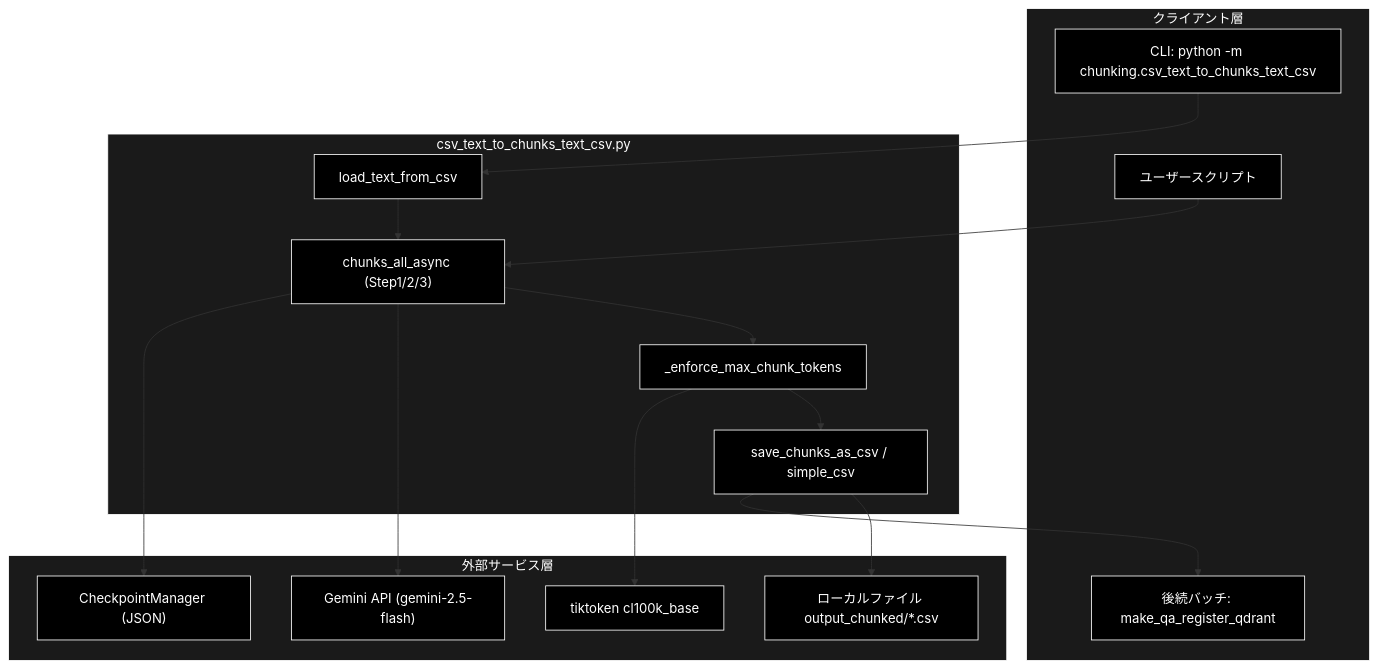
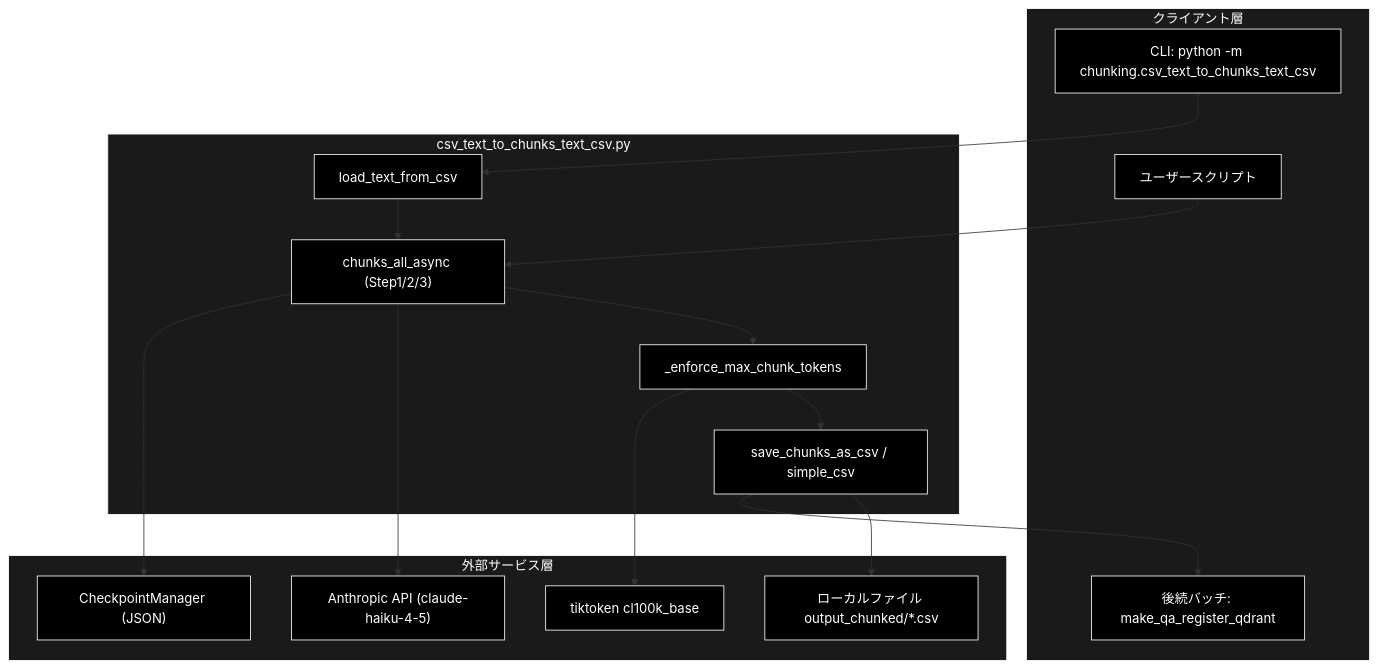
One commit to nakashima2toshio/grace_v2 changed the first of 3 diagrams in chunking/docs/csv_text_to_chunks_text_csv.md. Above: the diagram before and after it, drawn with Mermaid. The commit also changed other lines of this file and 8 other files, not shown here.

````diff
--- a/chunking/docs/csv_text_to_chunks_text_csv.md
+++ b/chunking/docs/csv_text_to_chunks_text_csv.md
@@ -76,39 +76,39 @@
 ```mermaid
 flowchart TB
     subgraph CLIENT["クライアント層"]
         CLI["CLI: python -m chunking.csv_text_to_chunks_text_csv"]
         PIPE["後続バッチ: make_qa_register_qdrant"]
         USER["ユーザースクリプト"]
     end
 
     subgraph MODULE["csv_text_to_chunks_text_csv.py"]
         LOAD["load_text_from_csv"]
         PIPELINE["chunks_all_async (Step1/2/3)"]
         ENFORCE["_enforce_max_chunk_tokens"]
         SAVE["save_chunks_as_csv / simple_csv"]
     end
 
     subgraph EXTERNAL["外部サービス層"]
-        LLM["Gemini API (gemini-2.5-flash)"]
+        LLM["Anthropic API (claude-haiku-4-5)"]
         TIKTOKEN["tiktoken cl100k_base"]
         FS["ローカルファイル output_chunked/*.csv"]
         CKPT["CheckpointManager (JSON)"]
     end
 
     CLI --> LOAD
     USER --> PIPELINE
     LOAD --> PIPELINE
     PIPELINE --> ENFORCE
     ENFORCE --> SAVE
     PIPELINE --> LLM
     PIPELINE --> CKPT
     ENFORCE --> TIKTOKEN
     SAVE --> FS
     SAVE --> PIPE
 classDef default fill:#000,stroke:#fff,color:#fff
 classDef subgraphStyle fill:#1a1a1a,stroke:#fff,color:#fff
 class CLI,PIPE,USER,LOAD,PIPELINE,ENFORCE,SAVE,LLM,TIKTOKEN,FS,CKPT default
 style CLIENT fill:#1a1a1a,stroke:#fff,color:#fff
 style MODULE fill:#1a1a1a,stroke:#fff,color:#fff
 style EXTERNAL fill:#1a1a1a,stroke:#fff,color:#fff
 ```
````
